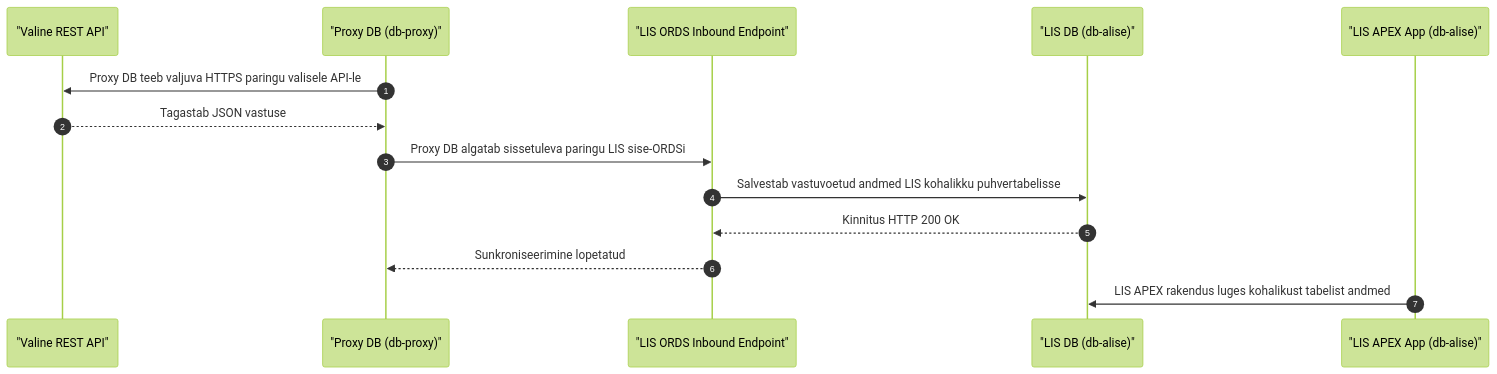
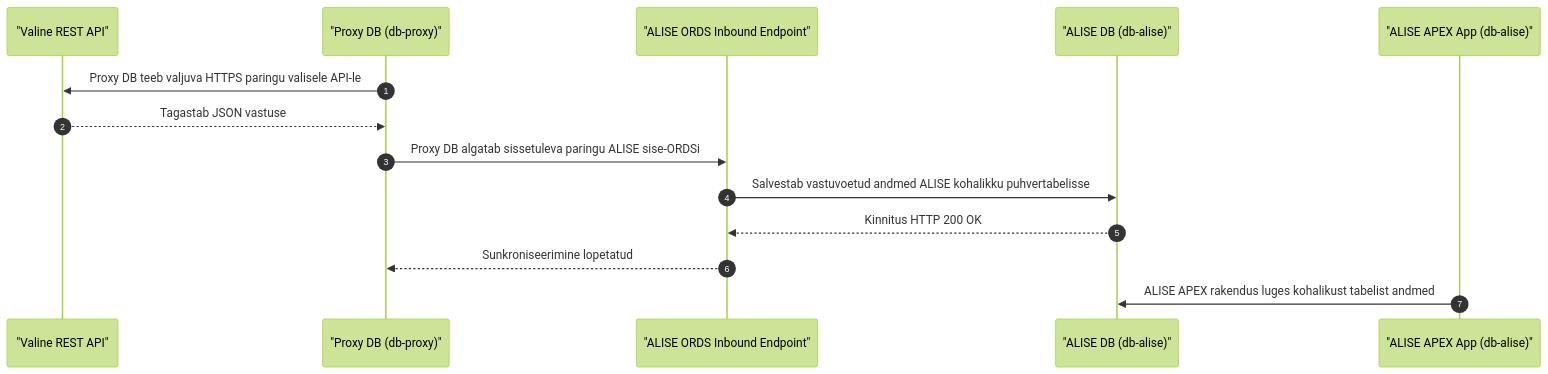
One commit to alahe/oracle-devops-platform changed the fourth of 4 diagrams in docs/db-profiles-and-topology.md. Above: the diagram before and after it, drawn with Mermaid (forest theme). The commit also changed other lines of this file and 289 other files, not shown here.

````diff
--- a/docs/db-profiles-and-topology.md
+++ b/docs/db-profiles-and-topology.md
@@ -209,17 +209,17 @@
 ```mermaid
 sequenceDiagram
     autonumber
     participant ExtREST as "Valine REST API"
     participant ProxyDB as "Proxy DB (db-proxy)"
-    participant LisORDS as "LIS ORDS Inbound Endpoint"
-    participant LisDB as "LIS DB (db-alise)"
-    participant LisAPEX as "LIS APEX App (db-alise)"
+    participant LisORDS as "ALISE ORDS Inbound Endpoint"
+    participant LisDB as "ALISE DB (db-alise)"
+    participant LisAPEX as "ALISE APEX App (db-alise)"
 
     ProxyDB->>ExtREST: Proxy DB teeb valjuva HTTPS paringu valisele API-le
     ExtREST-->>ProxyDB: Tagastab JSON vastuse
-    ProxyDB->>LisORDS: Proxy DB algatab sissetuleva paringu LIS sise-ORDSi
-    LisORDS->>LisDB: Salvestab vastuvoetud andmed LIS kohalikku puhvertabelisse
+    ProxyDB->>LisORDS: Proxy DB algatab sissetuleva paringu ALISE sise-ORDSi
+    LisORDS->>LisDB: Salvestab vastuvoetud andmed ALISE kohalikku puhvertabelisse
     LisDB-->>LisORDS: Kinnitus HTTP 200 OK
     LisORDS-->>ProxyDB: Sunkroniseerimine lopetatud
-    LisAPEX->>LisDB: LIS APEX rakendus luges kohalikust tabelist andmed
+    LisAPEX->>LisDB: ALISE APEX rakendus luges kohalikust tabelist andmed
 ```
````
